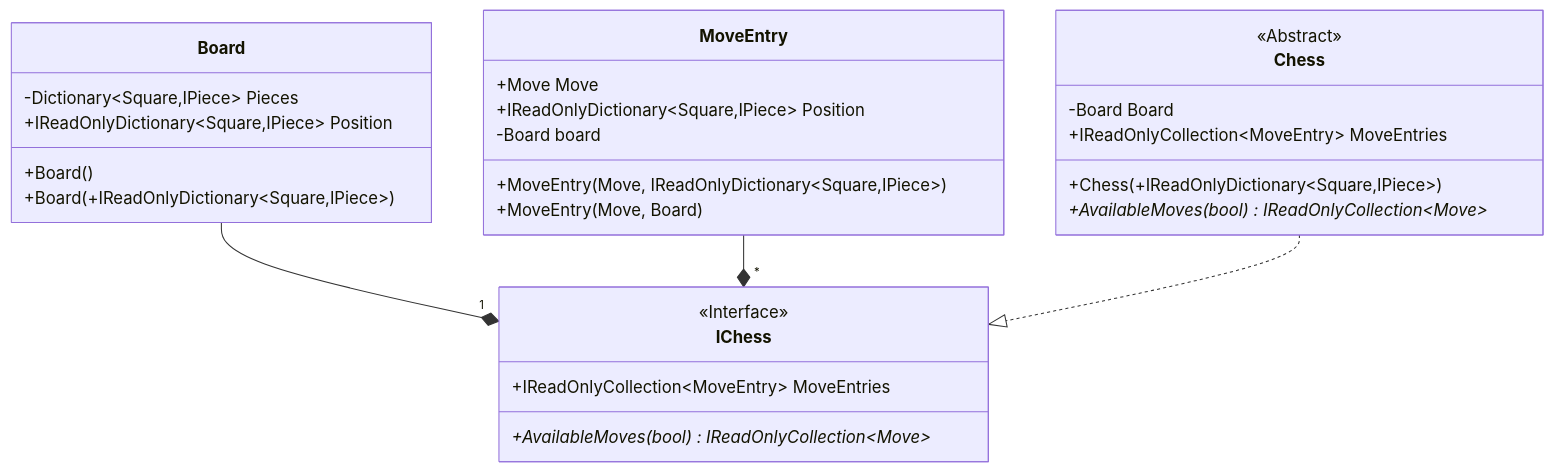
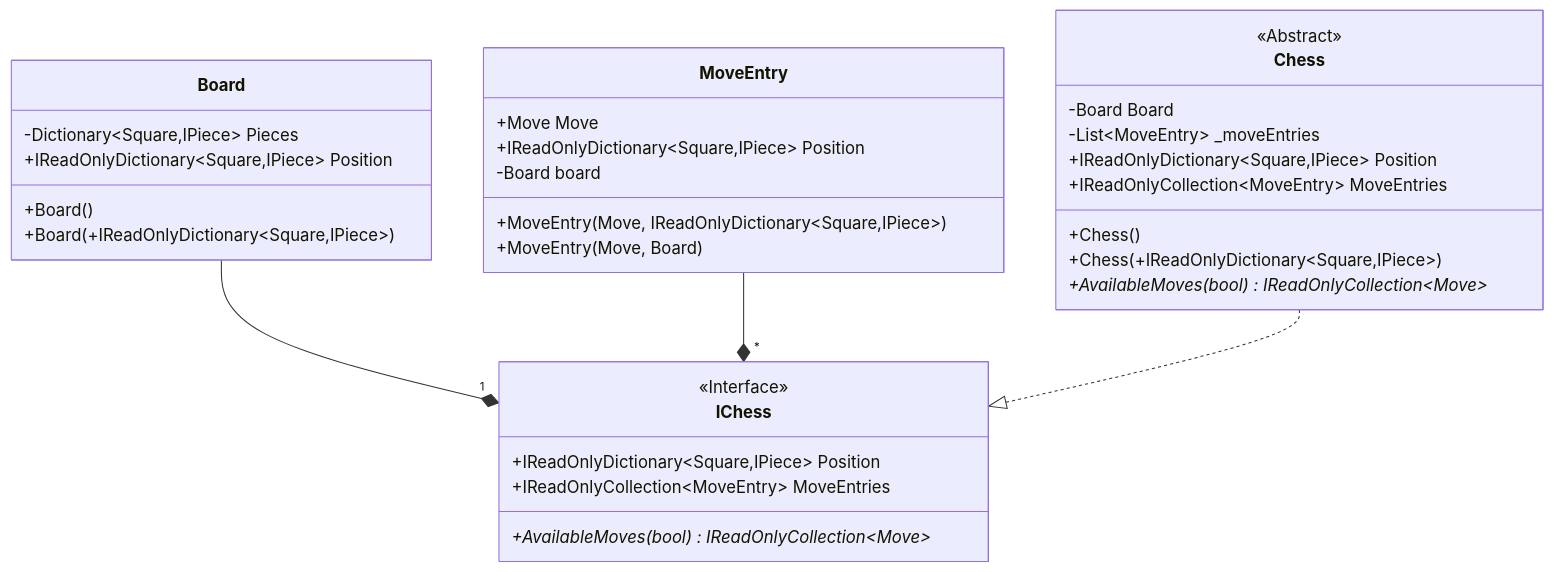
The diagram in UML Diagram/Core/Game.md (JeanLColombo/Mate), drawn with Mermaid before and after one commit. The commit also changed 4 other files, not shown here.

````diff
--- a/UML Diagram/Core/Game.md
+++ b/UML Diagram/Core/Game.md
@@ -1,31 +1,35 @@
 ```mermaid
     classDiagram
     class IChess{
         <<Interface>>
+        +IReadOnlyDictionary~Square,IPiece~ Position
         +IReadOnlyCollection~MoveEntry~ MoveEntries
         +AvailableMoves(bool)* IReadOnlyCollection~Move~
     }
     class Chess{
         <<Abstract>>
         -Board Board
+        -List~MoveEntry~ _moveEntries
+        +IReadOnlyDictionary~Square,IPiece~ Position
         +IReadOnlyCollection~MoveEntry~ MoveEntries
+        +Chess()
         +Chess(+IReadOnlyDictionary~Square,IPiece~)
         +AvailableMoves(bool)* IReadOnlyCollection~Move~
     }
     class Board{
         -Dictionary~Square,IPiece~ Pieces
         +IReadOnlyDictionary~Square,IPiece~ Position 
         +Board()
         +Board(+IReadOnlyDictionary~Square,IPiece~)
     }
     class MoveEntry{
         +Move Move
         +IReadOnlyDictionary~Square,IPiece~ Position
         -Board board
         +MoveEntry(Move, IReadOnlyDictionary~Square,IPiece~)
         +MoveEntry(Move, Board)
     }
     Board --* "1" IChess
     MoveEntry --* "*" IChess
     Chess ..|> IChess
 ```
````
